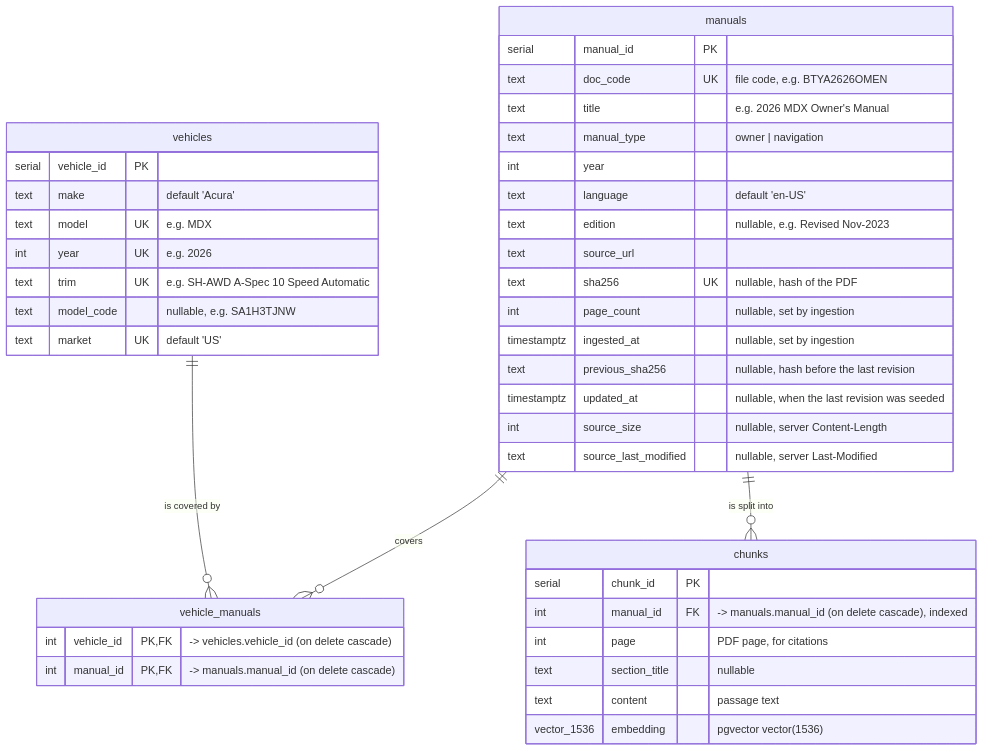
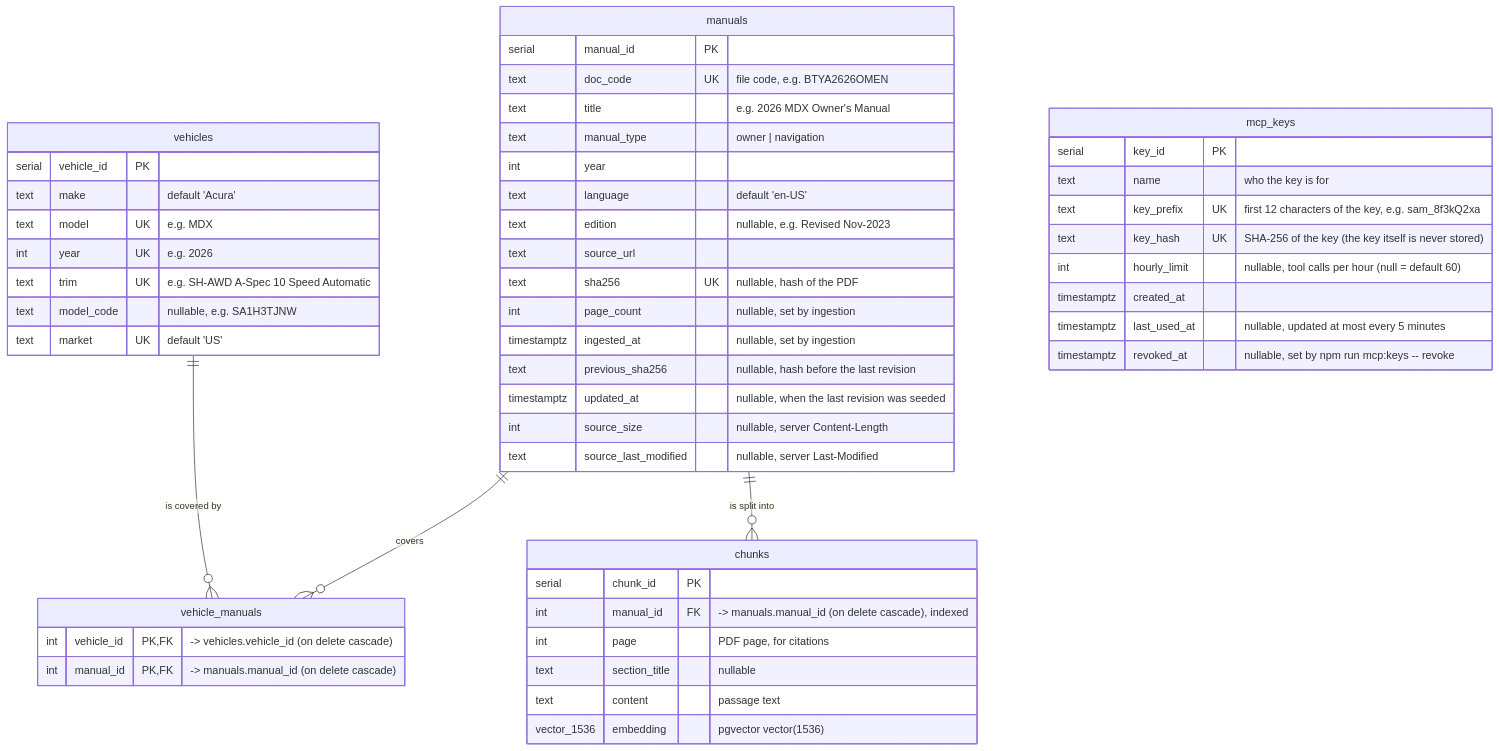
One commit to vascojm82/ai-eng-capstone-project changed the diagram in scripts/db/schema.md. Above: the diagram before and after it, drawn with Mermaid. The commit also changed other lines of this file and 23 other files, not shown here.

````diff
--- a/scripts/db/schema.md
+++ b/scripts/db/schema.md
@@ -5,48 +5,59 @@
 ```mermaid
 erDiagram
     vehicles ||--o{ vehicle_manuals : "is covered by"
     manuals  ||--o{ vehicle_manuals : "covers"
     manuals  ||--o{ chunks : "is split into"
 
     vehicles {
         serial      vehicle_id  PK
         text        make        "default 'Acura'"
         text        model       UK "e.g. MDX"
         int         year        UK "e.g. 2026"
         text        trim        UK "e.g. SH-AWD A-Spec 10 Speed Automatic"
         text        model_code  "nullable, e.g. SA1H3TJNW"
         text        market      UK "default 'US'"
     }
 
     vehicle_manuals {
         int vehicle_id PK, FK "-> vehicles.vehicle_id (on delete cascade)"
         int manual_id  PK, FK "-> manuals.manual_id (on delete cascade)"
     }
 
     manuals {
         serial      manual_id    PK
         text        doc_code     UK "file code, e.g. BTYA2626OMEN"
         text        title        "e.g. 2026 MDX Owner's Manual"
         text        manual_type  "owner | navigation"
         int         year
         text        language     "default 'en-US'"
         text        edition      "nullable, e.g. Revised Nov-2023"
         text        source_url
         text        sha256       UK "nullable, hash of the PDF"
         int         page_count   "nullable, set by ingestion"
         timestamptz ingested_at  "nullable, set by ingestion"
         text        previous_sha256      "nullable, hash before the last revision"
         timestamptz updated_at           "nullable, when the last revision was seeded"
         int         source_size          "nullable, server Content-Length"
         text        source_last_modified "nullable, server Last-Modified"
     }
 
     chunks {
         serial      chunk_id      PK
         int         manual_id     FK "-> manuals.manual_id (on delete cascade), indexed"
         int         page          "PDF page, for citations"
         text        section_title "nullable"
         text        content       "passage text"
         vector_1536 embedding     "pgvector vector(1536)"
     }
+
+    mcp_keys {
+        serial      key_id        PK
+        text        name          "who the key is for"
+        text        key_prefix    UK "first 12 characters of the key, e.g. sam_8f3kQ2xa"
+        text        key_hash      UK "SHA-256 of the key (the key itself is never stored)"
+        int         hourly_limit  "nullable, tool calls per hour (null = default 60)"
+        timestamptz created_at
+        timestamptz last_used_at  "nullable, updated at most every 5 minutes"
+        timestamptz revoked_at    "nullable, set by npm run mcp:keys -- revoke"
+    }
 ```
````
